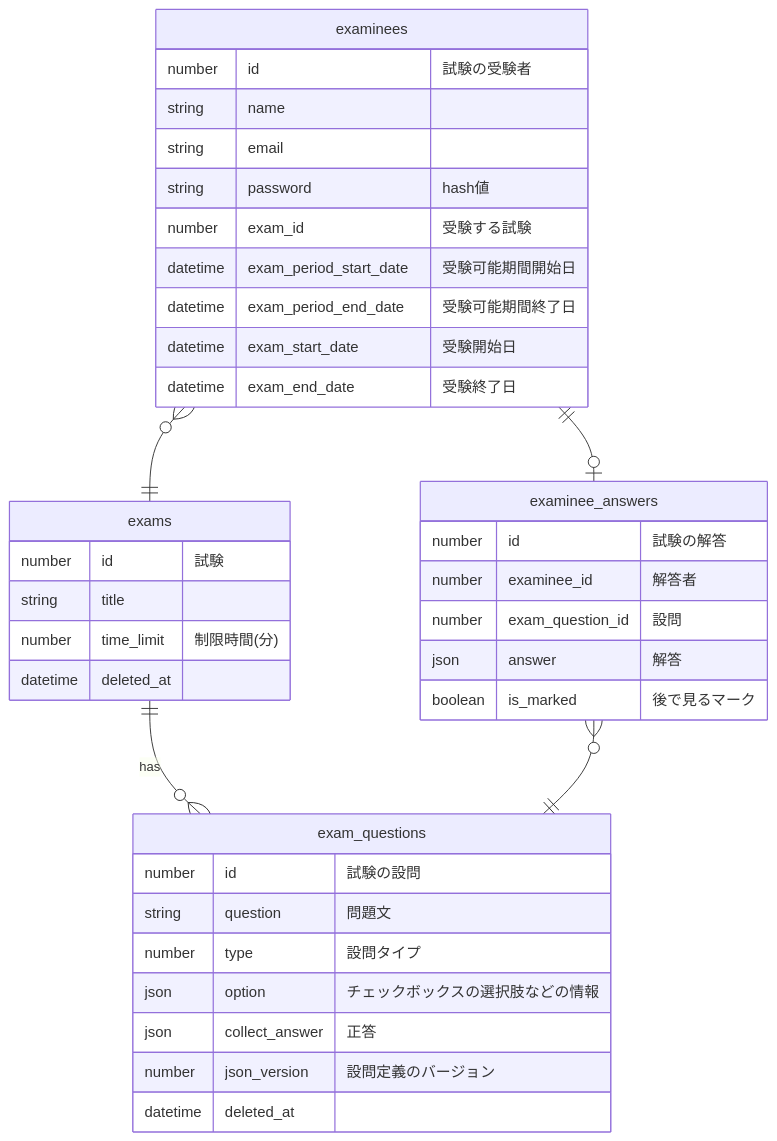
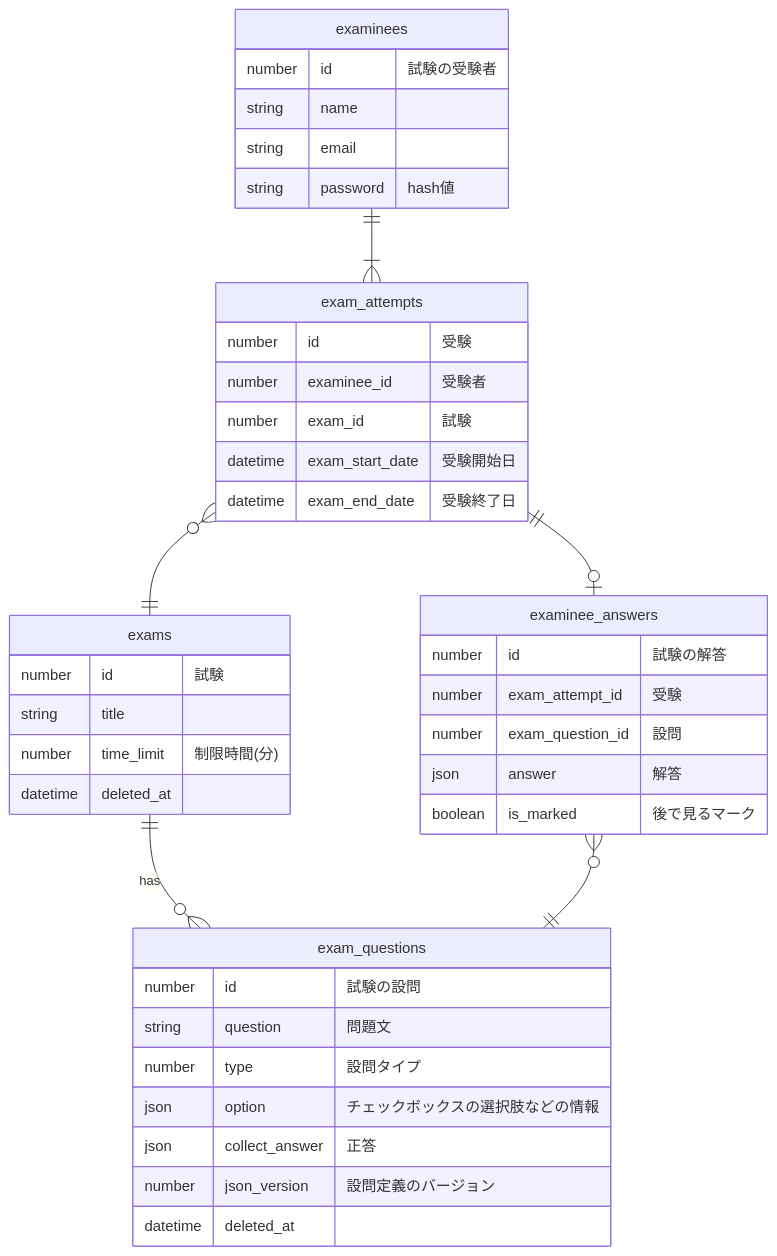
One commit to Nagisa-Ishikawa/AptitudeQuizMaster changed the diagram in doc/ER図.md. Above: the diagram before and after it, drawn with Mermaid. The commit also changed other lines of this file and 10 other files, not shown here.

````diff
--- a/doc/ER図.md
+++ b/doc/ER図.md
@@ -27,43 +24,46 @@
 ```mermaid
 erDiagram
 	examinees {
 		number id "試験の受験者"
 		string name
 		string email
 		string password "hash値"
-		number exam_id "受験する試験"
-		datetime exam_period_start_date "受験可能期間開始日"
-		datetime exam_period_end_date　"受験可能期間終了日"
+	}
+	exam_attempts{
+		number id "受験"
+		number examinee_id "受験者"
+		number exam_id "試験"
 		datetime exam_start_date "受験開始日"
 		datetime exam_end_date "受験終了日"
 	}
 	examinee_answers {
 		number id "試験の解答"
-		number examinee_id "解答者"
+		number exam_attempt_id "受験"
 		number exam_question_id "設問"
 		json answer "解答"
 		boolean is_marked "後で見るマーク"
 	}
 	exams {
 		number id "試験"
 		string title
 		number time_limit "制限時間(分)"
 		datetime deleted_at
 	}
 	exam_questions {
 		number id "試験の設問"
 		string question "問題文"
 		number type "設問タイプ"
 		json option "チェックボックスの選択肢などの情報"
 		json collect_answer "正答"
 		number json_version "設問定義のバージョン"
 		datetime deleted_at
 	}
 
-	examinees }o--|| exams : ""
-	examinees ||--o| examinee_answers: ""
+	examinees ||--|{ exam_attempts : ""
+	exam_attempts ||--o| examinee_answers: ""
+	exam_attempts }o--|| exams: ""
 	exams ||--o{ exam_questions : "has"
 	examinee_answers }o--|| exam_questions : ""
 	
 
 ```
````
